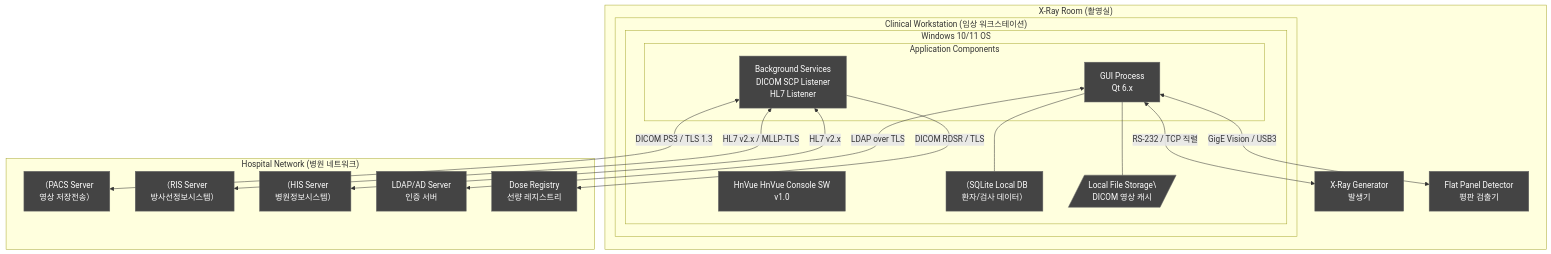
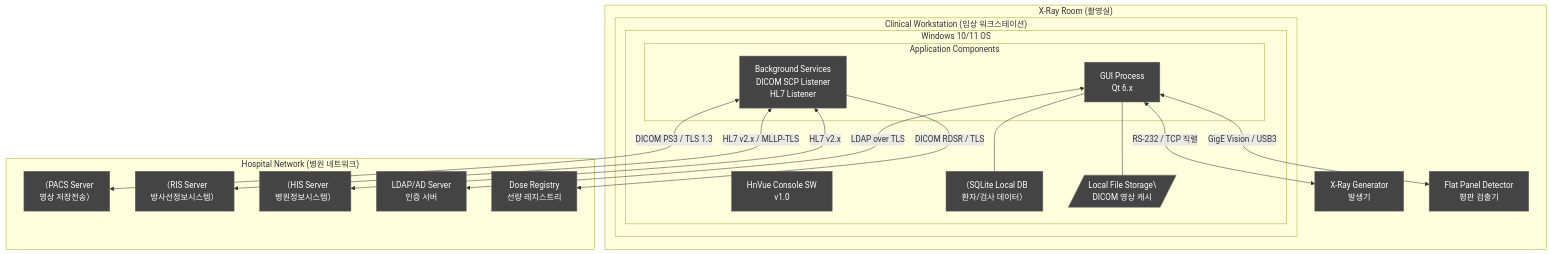
Before and after one commit to holee9/console-gui: the fifth of 14 diagrams in docs/planning/DOC-006_SAD_v1.0.md, drawn with Mermaid. The commit also changed other lines of this file and 14 other files, not shown here.

````diff
--- a/docs/planning/DOC-006_SAD_v1.0.md
+++ b/docs/planning/DOC-006_SAD_v1.0.md
@@ -331,38 +331,38 @@
 ```mermaid
 graph TB
     subgraph "X-Ray Room (촬영실)"
         subgraph "Clinical Workstation (임상 워크스테이션)"
             subgraph "Windows 10/11 OS"
-                APP[HnVue HnVue Console SW<br/>v1.0]
+                APP[HnVue Console SW<br/>v1.0]
                 subgraph "Application Components"
                     APP_GUI[GUI Process<br/>Qt 6.x]
                     APP_SVC[Background Services<br/>DICOM SCP Listener<br/>HL7 Listener]
                 end
                 DB[（SQLite Local DB<br/>환자/검사 데이터）]
                 FS[/Local File Storage\<br/>DICOM 영상 캐시/]
             end
         end
 
         GEN[X-Ray Generator<br/>발생기]
         DET[Flat Panel Detector<br/>평판 검출기]
     end
 
     subgraph "Hospital Network (병원 네트워크)"
         PACS[（PACS Server<br/>영상 저장전송）]
         RIS[（RIS Server<br/>방사선정보시스템）]
         HIS[（HIS Server<br/>병원정보시스템）]
         LDAP_SRV[LDAP/AD Server<br/>인증 서버]
         DOSE_REG[Dose Registry<br/>선량 레지스트리]
     end
 
     APP_GUI <-->|RS-232 / TCP 직렬| GEN
     APP_GUI <-->|GigE Vision / USB3| DET
     APP_GUI --- DB
     APP_GUI --- FS
     APP_SVC <-->|DICOM PS3 / TLS 1.3| PACS
     APP_SVC <-->|HL7 v2.x / MLLP-TLS| RIS
     APP_SVC <-->|HL7 v2.x| HIS
     APP_GUI <-->|LDAP over TLS| LDAP_SRV
     APP_SVC -->|DICOM RDSR / TLS| DOSE_REG
     classDef default fill:#444,stroke:#666,color:#fff
 ```
````
